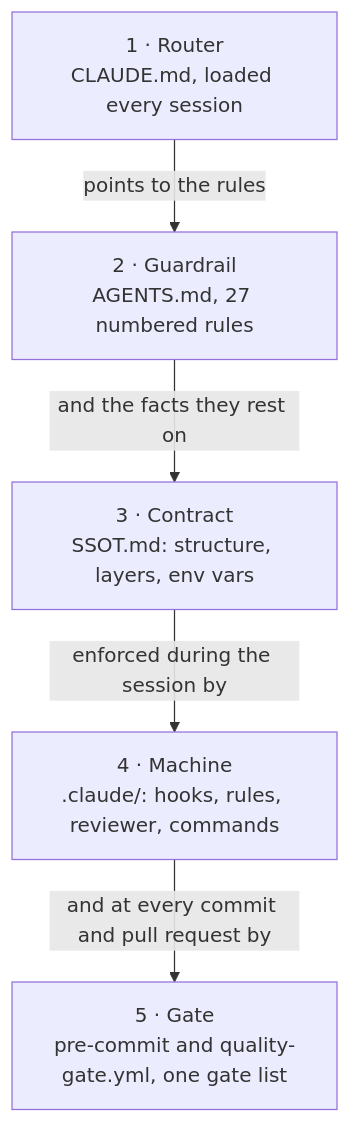
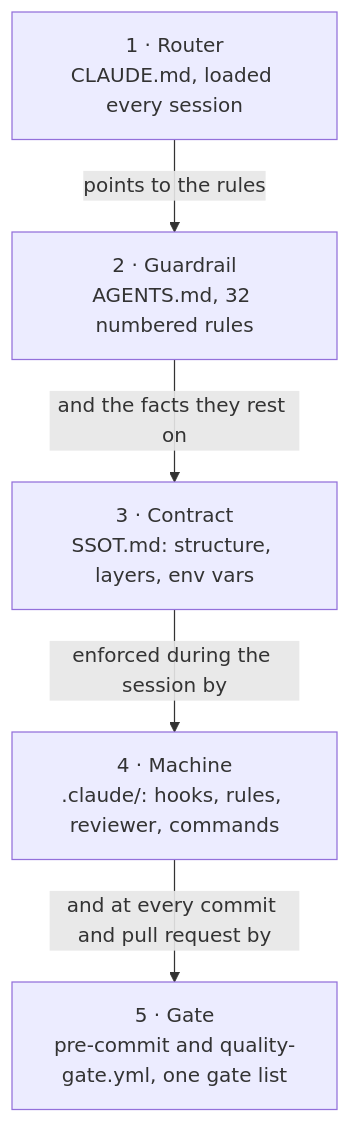
One commit to adhibuchori/ai-agent-config changed the fourth of 4 diagrams in README.md. Above: the diagram before and after it, drawn with Mermaid. The commit also changed other lines of this file and 3 other files, not shown here.

````diff
--- a/README.md
+++ b/README.md
@@ -529,14 +626,14 @@
 ```mermaid
 flowchart TD
     accTitle: The five layers of ai-agent-config
     accDescr: CLAUDE.md is loaded every session and points the agent to AGENTS.md for the rules and SSOT.md for the facts they rest on. The .claude folder enforces them during the session with hooks, path-scoped rules, a reviewer and commands. The gate enforces them again at every commit through pre-commit and at every pull request through CI.
     R["1 · Router<br/>CLAUDE.md, loaded every session"]
-    G["2 · Guardrail<br/>AGENTS.md, 27 numbered rules"]
+    G["2 · Guardrail<br/>AGENTS.md, 32 numbered rules"]
     C["3 · Contract<br/>SSOT.md: structure, layers, env vars"]
     M["4 · Machine<br/>.claude/: hooks, rules, reviewer, commands"]
     Q["5 · Gate<br/>pre-commit and quality-gate.yml, one gate list"]
     R -->|points to the rules| G
     G -->|and the facts they rest on| C
     C -->|enforced during the session by| M
     M -->|and at every commit and pull request by| Q
 ```
````
